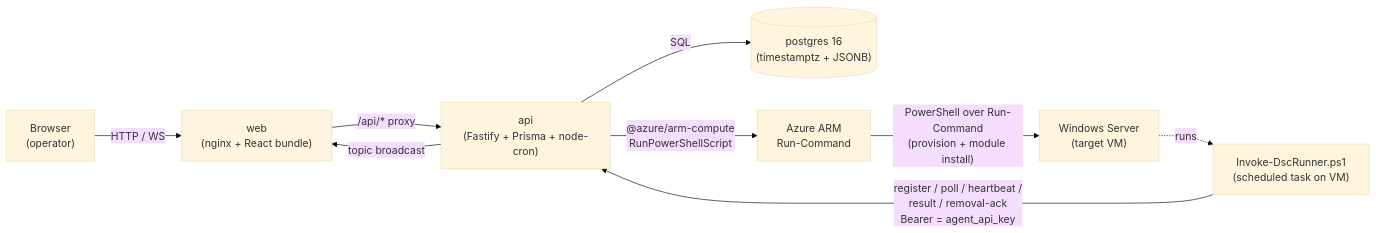
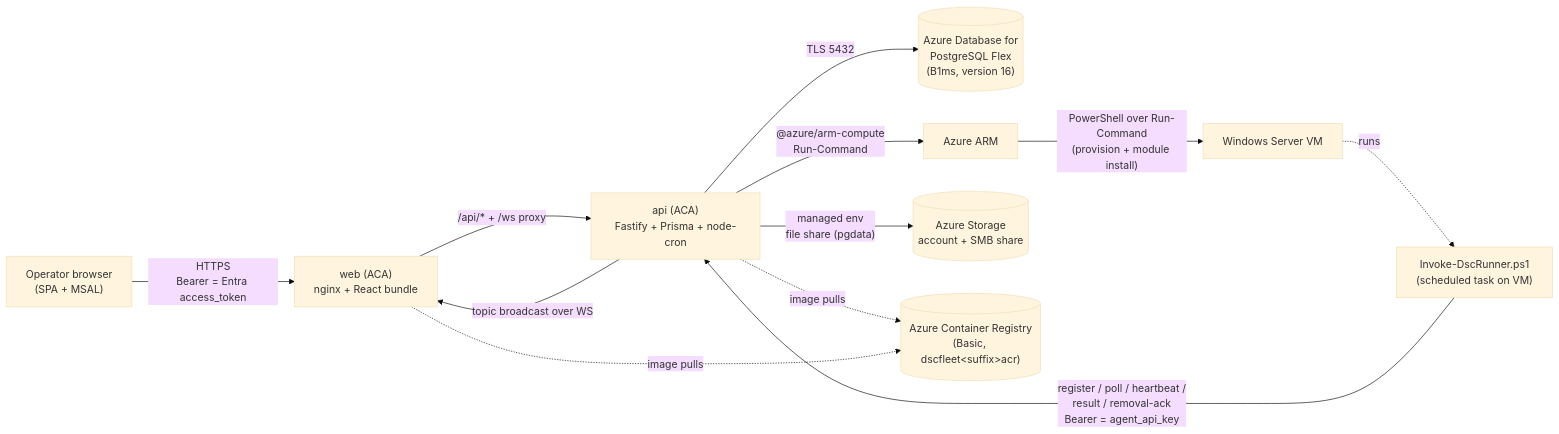
The first of 3 diagrams in docs/architecture.md (anwather/dsc-fleet-dashboard), drawn with Mermaid (base theme) before and after one commit. The commit also changed other lines of this file and 8 other files, not shown here.

````diff
--- a/docs/architecture.md
+++ b/docs/architecture.md
@@ -5,11 +7,15 @@
 ```mermaid
 flowchart LR
-  Browser["Browser<br/>(operator)"] -->|HTTP / WS| Web["web<br/>(nginx + React bundle)"]
-  Web -->|/api/* proxy| API["api<br/>(Fastify + Prisma + node-cron)"]
-  API -->|SQL| PG[("postgres 16<br/>(timestamptz + JSONB)")]
-  API -->|"@azure/arm-compute<br/>RunPowerShellScript"| ARM["Azure ARM<br/>Run-Command"]
-  ARM -->|"PowerShell over Run-Command<br/>(provision + module install)"| VM["Windows Server<br/>(target VM)"]
+  Browser["Operator browser<br/>(SPA + MSAL)"] -->|HTTPS<br/>Bearer = Entra access_token| Web["web (ACA)<br/>nginx + React bundle"]
+  Web -->|/api/* + /ws proxy| API["api (ACA)<br/>Fastify + Prisma + node-cron"]
+
+  API -->|TLS 5432| PG[("Azure Database for<br/>PostgreSQL Flex<br/>(B1ms, version 16)")]
+  API -->|"@azure/arm-compute<br/>Run-Command"| ARM["Azure ARM"]
+  API -->|"managed env<br/>file share (pgdata)"| Storage[("Azure Storage<br/>account + SMB share")]
+  API -.image pulls.-> ACR[("Azure Container Registry<br/>(Basic, dscfleet&lt;suffix&gt;acr)")]
+  Web -.image pulls.-> ACR
+  ARM -->|"PowerShell over Run-Command<br/>(provision + module install)"| VM["Windows Server VM"]
   Agent["Invoke-DscRunner.ps1<br/>(scheduled task on VM)"] -->|"register / poll / heartbeat /<br/>result / removal-ack<br/>Bearer = agent_api_key"| API
   VM -.runs.-> Agent
-  API -->|topic broadcast| Web
+  API -->|topic broadcast over WS| Web
 ```
````
